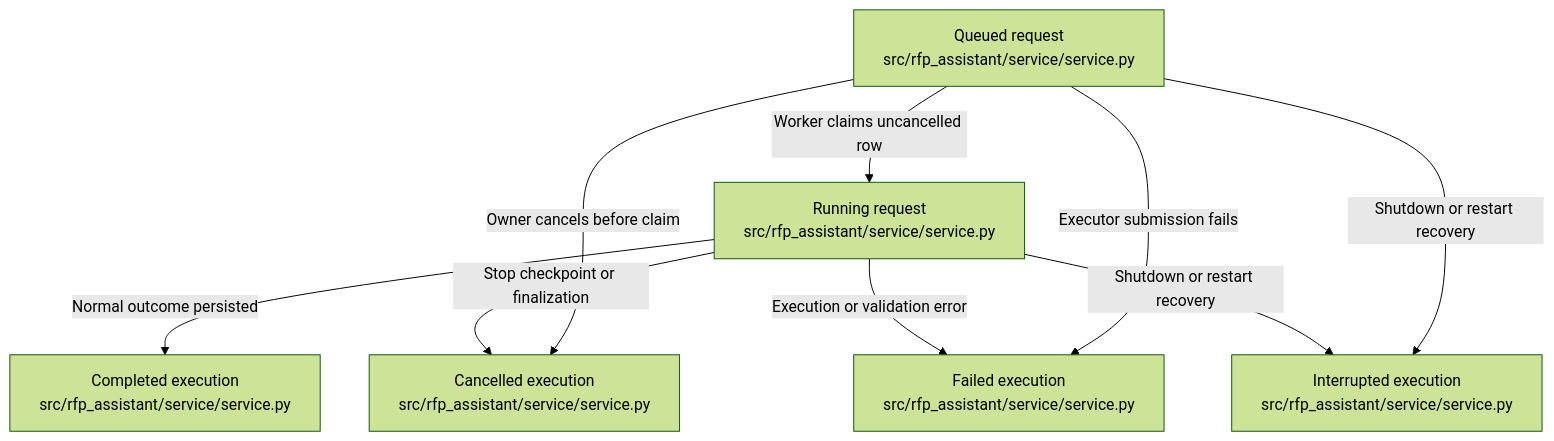
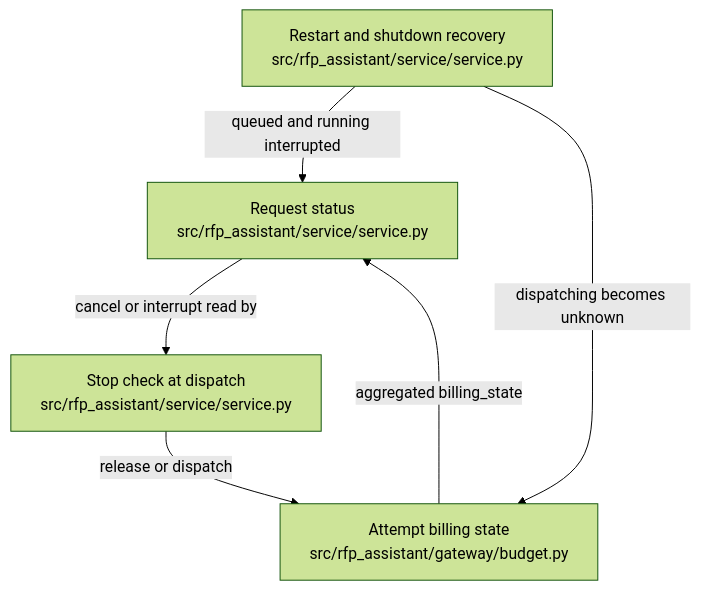
The diagram in .omm/state-transitions/diagram.mmd (littleeeeebit/project-codeit-mid), drawn with Mermaid (forest theme) before and after one commit. The commit also changed 370 other files, not shown here.

Commit message:
Refresh wiki and architecture before merge

```diff
--- a/.omm/state-transitions/diagram.mmd
+++ b/.omm/state-transitions/diagram.mmd
@@ -1,9 +1,10 @@
 graph TD
-queued["Queued request\nsrc/rfp_assistant/service/service.py"] -->|Worker claims uncancelled row| running["Running request\nsrc/rfp_assistant/service/service.py"]
-queued -->|Owner cancels before claim| cancelled["Cancelled execution\nsrc/rfp_assistant/service/service.py"]
-queued -->|Shutdown or restart recovery| interrupted["Interrupted execution\nsrc/rfp_assistant/service/service.py"]
-queued -->|Executor submission fails| failed["Failed execution\nsrc/rfp_assistant/service/service.py"]
-running -->|Normal outcome persisted| completed["Completed execution\nsrc/rfp_assistant/service/service.py"]
-running -->|Execution or validation error| failed
-running -->|Stop checkpoint or finalization| cancelled
-running -->|Shutdown or restart recovery| interrupted
+  request-states["Request status\nsrc/rfp_assistant/service/service.py"]
+  attempt-states["Attempt billing state\nsrc/rfp_assistant/gateway/budget.py"]
+  dispatch-guard["Stop check at dispatch\nsrc/rfp_assistant/service/service.py"]
+  restart-recovery["Restart and shutdown recovery\nsrc/rfp_assistant/service/service.py"]
+  request-states -->|cancel or interrupt read by| dispatch-guard
+  dispatch-guard -->|release or dispatch| attempt-states
+  attempt-states -->|aggregated billing_state| request-states
+  restart-recovery -->|queued and running interrupted| request-states
+  restart-recovery -->|dispatching becomes unknown| attempt-states
```
